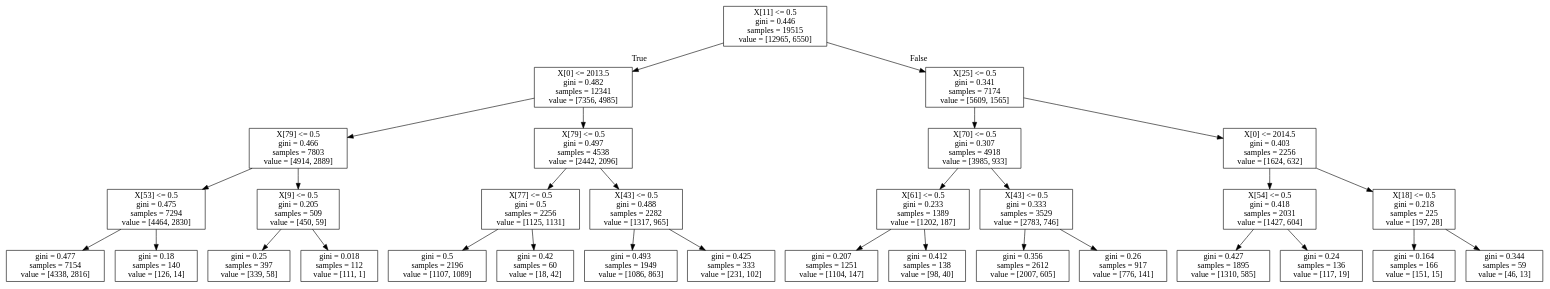
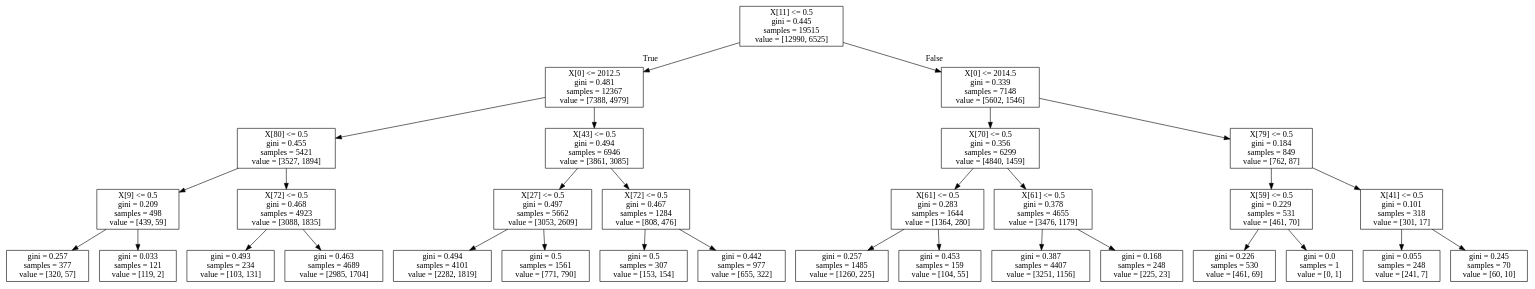
One commit to brunomeneghesso/Cdados_final changed the diagram in blabla.dot. Above: the diagram before and after it, drawn with Graphviz. The commit also changed 1 other file, not shown here.

```diff
--- a/blabla.dot
+++ b/blabla.dot
@@ -1,64 +1,64 @@
 digraph Tree {
 node [shape=box] ;
-0 [label="X[11] <= 0.5\ngini = 0.446\nsamples = 19515\nvalue = [12965, 6550]"] ;
-1 [label="X[0] <= 2013.5\ngini = 0.482\nsamples = 12341\nvalue = [7356, 4985]"] ;
+0 [label="X[11] <= 0.5\ngini = 0.445\nsamples = 19515\nvalue = [12990, 6525]"] ;
+1 [label="X[0] <= 2012.5\ngini = 0.481\nsamples = 12367\nvalue = [7388, 4979]"] ;
 0 -> 1 [labeldistance=2.5, labelangle=45, headlabel="True"] ;
-2 [label="X[79] <= 0.5\ngini = 0.466\nsamples = 7803\nvalue = [4914, 2889]"] ;
+2 [label="X[80] <= 0.5\ngini = 0.455\nsamples = 5421\nvalue = [3527, 1894]"] ;
 1 -> 2 ;
-3 [label="X[53] <= 0.5\ngini = 0.475\nsamples = 7294\nvalue = [4464, 2830]"] ;
+3 [label="X[9] <= 0.5\ngini = 0.209\nsamples = 498\nvalue = [439, 59]"] ;
 2 -> 3 ;
-4 [label="gini = 0.477\nsamples = 7154\nvalue = [4338, 2816]"] ;
+4 [label="gini = 0.257\nsamples = 377\nvalue = [320, 57]"] ;
 3 -> 4 ;
-5 [label="gini = 0.18\nsamples = 140\nvalue = [126, 14]"] ;
+5 [label="gini = 0.033\nsamples = 121\nvalue = [119, 2]"] ;
 3 -> 5 ;
-6 [label="X[9] <= 0.5\ngini = 0.205\nsamples = 509\nvalue = [450, 59]"] ;
+6 [label="X[72] <= 0.5\ngini = 0.468\nsamples = 4923\nvalue = [3088, 1835]"] ;
 2 -> 6 ;
-7 [label="gini = 0.25\nsamples = 397\nvalue = [339, 58]"] ;
+7 [label="gini = 0.493\nsamples = 234\nvalue = [103, 131]"] ;
 6 -> 7 ;
-8 [label="gini = 0.018\nsamples = 112\nvalue = [111, 1]"] ;
+8 [label="gini = 0.463\nsamples = 4689\nvalue = [2985, 1704]"] ;
 6 -> 8 ;
-9 [label="X[79] <= 0.5\ngini = 0.497\nsamples = 4538\nvalue = [2442, 2096]"] ;
+9 [label="X[43] <= 0.5\ngini = 0.494\nsamples = 6946\nvalue = [3861, 3085]"] ;
 1 -> 9 ;
-10 [label="X[77] <= 0.5\ngini = 0.5\nsamples = 2256\nvalue = [1125, 1131]"] ;
+10 [label="X[27] <= 0.5\ngini = 0.497\nsamples = 5662\nvalue = [3053, 2609]"] ;
 9 -> 10 ;
-11 [label="gini = 0.5\nsamples = 2196\nvalue = [1107, 1089]"] ;
+11 [label="gini = 0.494\nsamples = 4101\nvalue = [2282, 1819]"] ;
 10 -> 11 ;
-12 [label="gini = 0.42\nsamples = 60\nvalue = [18, 42]"] ;
+12 [label="gini = 0.5\nsamples = 1561\nvalue = [771, 790]"] ;
 10 -> 12 ;
-13 [label="X[43] <= 0.5\ngini = 0.488\nsamples = 2282\nvalue = [1317, 965]"] ;
+13 [label="X[72] <= 0.5\ngini = 0.467\nsamples = 1284\nvalue = [808, 476]"] ;
 9 -> 13 ;
-14 [label="gini = 0.493\nsamples = 1949\nvalue = [1086, 863]"] ;
+14 [label="gini = 0.5\nsamples = 307\nvalue = [153, 154]"] ;
 13 -> 14 ;
-15 [label="gini = 0.425\nsamples = 333\nvalue = [231, 102]"] ;
+15 [label="gini = 0.442\nsamples = 977\nvalue = [655, 322]"] ;
 13 -> 15 ;
-16 [label="X[25] <= 0.5\ngini = 0.341\nsamples = 7174\nvalue = [5609, 1565]"] ;
+16 [label="X[0] <= 2014.5\ngini = 0.339\nsamples = 7148\nvalue = [5602, 1546]"] ;
 0 -> 16 [labeldistance=2.5, labelangle=-45, headlabel="False"] ;
-17 [label="X[70] <= 0.5\ngini = 0.307\nsamples = 4918\nvalue = [3985, 933]"] ;
+17 [label="X[70] <= 0.5\ngini = 0.356\nsamples = 6299\nvalue = [4840, 1459]"] ;
 16 -> 17 ;
-18 [label="X[61] <= 0.5\ngini = 0.233\nsamples = 1389\nvalue = [1202, 187]"] ;
+18 [label="X[61] <= 0.5\ngini = 0.283\nsamples = 1644\nvalue = [1364, 280]"] ;
 17 -> 18 ;
-19 [label="gini = 0.207\nsamples = 1251\nvalue = [1104, 147]"] ;
+19 [label="gini = 0.257\nsamples = 1485\nvalue = [1260, 225]"] ;
 18 -> 19 ;
-20 [label="gini = 0.412\nsamples = 138\nvalue = [98, 40]"] ;
+20 [label="gini = 0.453\nsamples = 159\nvalue = [104, 55]"] ;
 18 -> 20 ;
-21 [label="X[43] <= 0.5\ngini = 0.333\nsamples = 3529\nvalue = [2783, 746]"] ;
+21 [label="X[61] <= 0.5\ngini = 0.378\nsamples = 4655\nvalue = [3476, 1179]"] ;
 17 -> 21 ;
-22 [label="gini = 0.356\nsamples = 2612\nvalue = [2007, 605]"] ;
+22 [label="gini = 0.387\nsamples = 4407\nvalue = [3251, 1156]"] ;
 21 -> 22 ;
-23 [label="gini = 0.26\nsamples = 917\nvalue = [776, 141]"] ;
+23 [label="gini = 0.168\nsamples = 248\nvalue = [225, 23]"] ;
 21 -> 23 ;
-24 [label="X[0] <= 2014.5\ngini = 0.403\nsamples = 2256\nvalue = [1624, 632]"] ;
+24 [label="X[79] <= 0.5\ngini = 0.184\nsamples = 849\nvalue = [762, 87]"] ;
 16 -> 24 ;
-25 [label="X[54] <= 0.5\ngini = 0.418\nsamples = 2031\nvalue = [1427, 604]"] ;
+25 [label="X[59] <= 0.5\ngini = 0.229\nsamples = 531\nvalue = [461, 70]"] ;
 24 -> 25 ;
-26 [label="gini = 0.427\nsamples = 1895\nvalue = [1310, 585]"] ;
+26 [label="gini = 0.226\nsamples = 530\nvalue = [461, 69]"] ;
 25 -> 26 ;
-27 [label="gini = 0.24\nsamples = 136\nvalue = [117, 19]"] ;
+27 [label="gini = 0.0\nsamples = 1\nvalue = [0, 1]"] ;
 25 -> 27 ;
-28 [label="X[18] <= 0.5\ngini = 0.218\nsamples = 225\nvalue = [197, 28]"] ;
+28 [label="X[41] <= 0.5\ngini = 0.101\nsamples = 318\nvalue = [301, 17]"] ;
 24 -> 28 ;
-29 [label="gini = 0.164\nsamples = 166\nvalue = [151, 15]"] ;
+29 [label="gini = 0.055\nsamples = 248\nvalue = [241, 7]"] ;
 28 -> 29 ;
-30 [label="gini = 0.344\nsamples = 59\nvalue = [46, 13]"] ;
+30 [label="gini = 0.245\nsamples = 70\nvalue = [60, 10]"] ;
 28 -> 30 ;
 }
```
